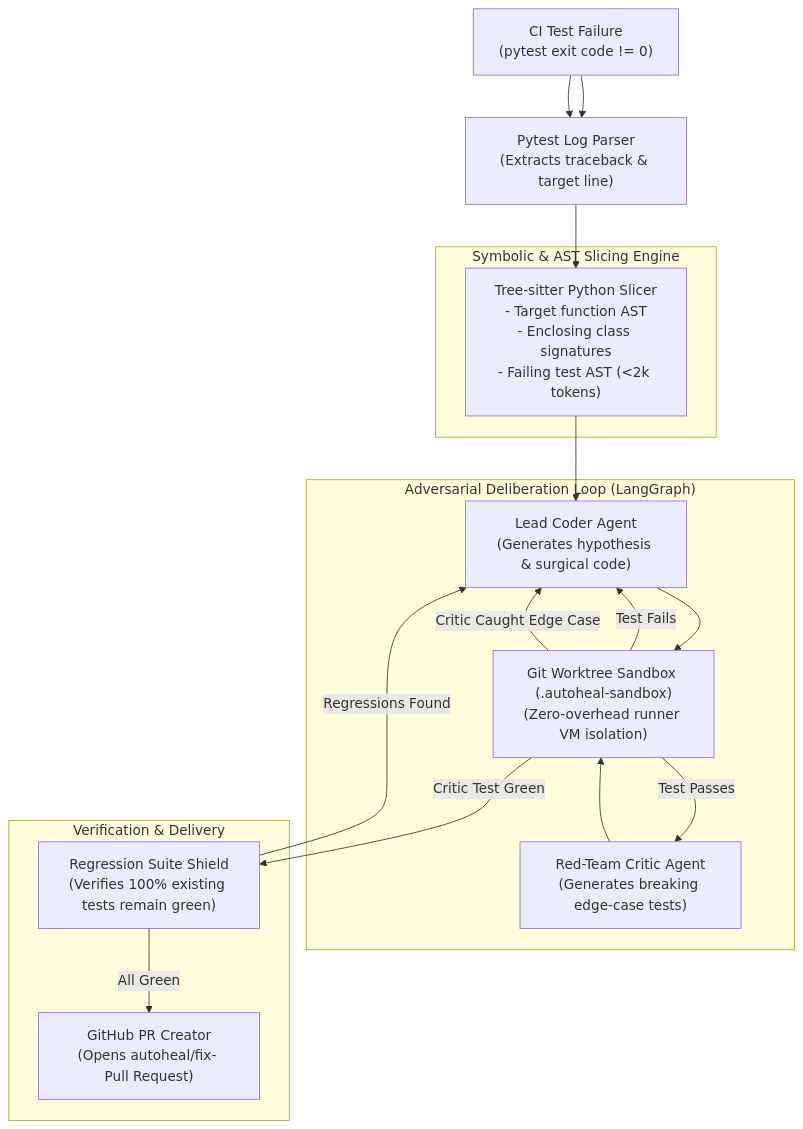
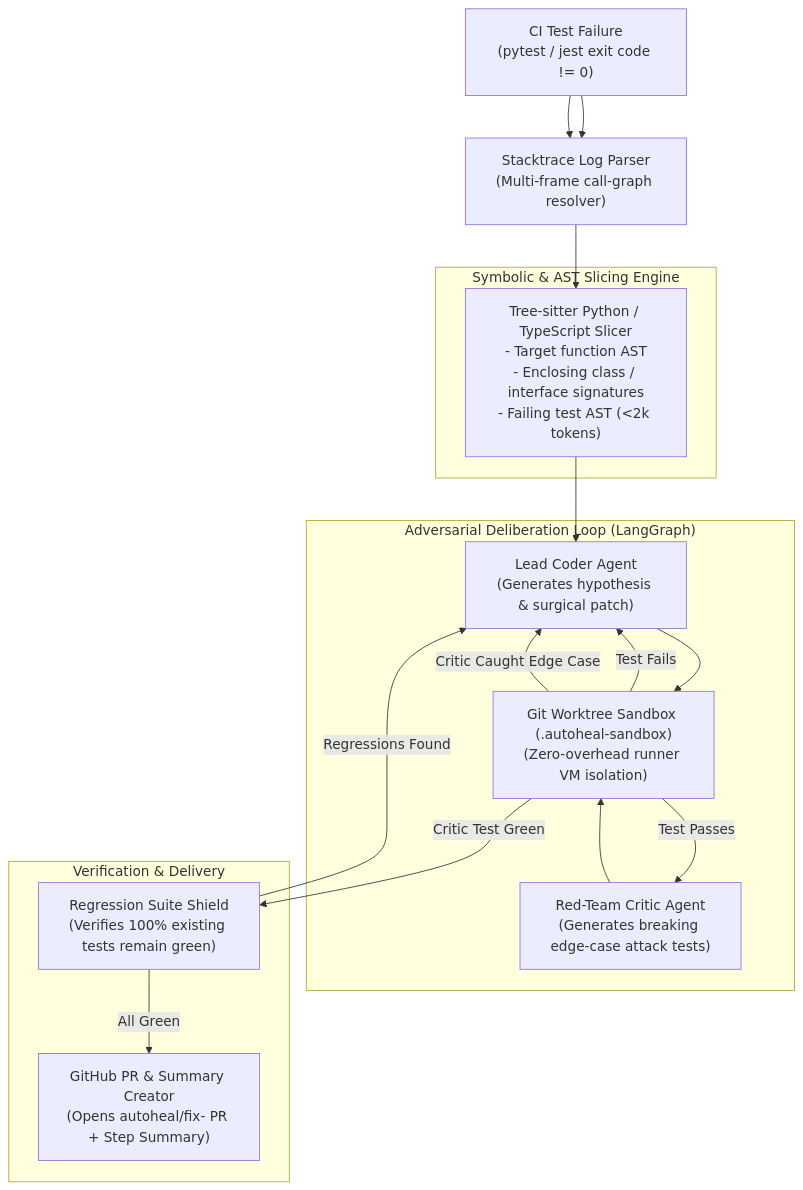
One commit to nolekek/AutoHeal-CI changed the diagram in README.md. Above: the diagram before and after it, drawn with Mermaid. The commit also changed other lines of this file and 9 other files, not shown here.

````diff
--- a/README.md
+++ b/README.md
@@ -73,34 +169,34 @@
 ```mermaid
 flowchart TD
-    Failure["CI Test Failure\n(pytest exit code != 0)"] --> Parser["Pytest Log Parser\n(Extracts traceback & target line)"]
+    Failure["CI Test Failure\n(pytest / jest exit code != 0)"] --> Parser["Stacktrace Log Parser\n(Multi-frame call-graph resolver)"]
     
     subgraph SlicingEngine ["Symbolic & AST Slicing Engine"]
-        TreeSitter["Tree-sitter Python Slicer\n- Target function AST\n- Enclosing class signatures\n- Failing test AST (<2k tokens)"]
+        TreeSitter["Tree-sitter Python / TypeScript Slicer\n- Target function AST\n- Enclosing class / interface signatures\n- Failing test AST (<2k tokens)"]
     end
 
     subgraph MultiAgentCore ["Adversarial Deliberation Loop (LangGraph)"]
-        Coder["Lead Coder Agent\n(Generates hypothesis & surgical code)"]
-        Critic["Red-Team Critic Agent\n(Generates breaking edge-case tests)"]
+        Coder["Lead Coder Agent\n(Generates hypothesis & surgical patch)"]
+        Critic["Red-Team Critic Agent\n(Generates breaking edge-case attack tests)"]
         WorktreeHarness["Git Worktree Sandbox (.autoheal-sandbox)\n(Zero-overhead runner VM isolation)"]
     end
 
     subgraph ShieldStage ["Verification & Delivery"]
         RegressionShield["Regression Suite Shield\n(Verifies 100% existing tests remain green)"]
-        PRDelivery["GitHub PR Creator\n(Opens autoheal/fix-<sha> Pull Request)"]
+        PRDelivery["GitHub PR & Summary Creator\n(Opens autoheal/fix-<sha> PR + Step Summary)"]
     end
 
     Failure --> Parser
     Parser --> TreeSitter
     TreeSitter --> Coder
     
     Coder --> WorktreeHarness
     WorktreeHarness -->|Test Passes| Critic
     WorktreeHarness -->|Test Fails| Coder
     
     Critic --> WorktreeHarness
     WorktreeHarness -->|Critic Caught Edge Case| Coder
     WorktreeHarness -->|Critic Test Green| RegressionShield
     
     RegressionShield -->|Regressions Found| Coder
     RegressionShield -->|All Green| PRDelivery
 ```
````
